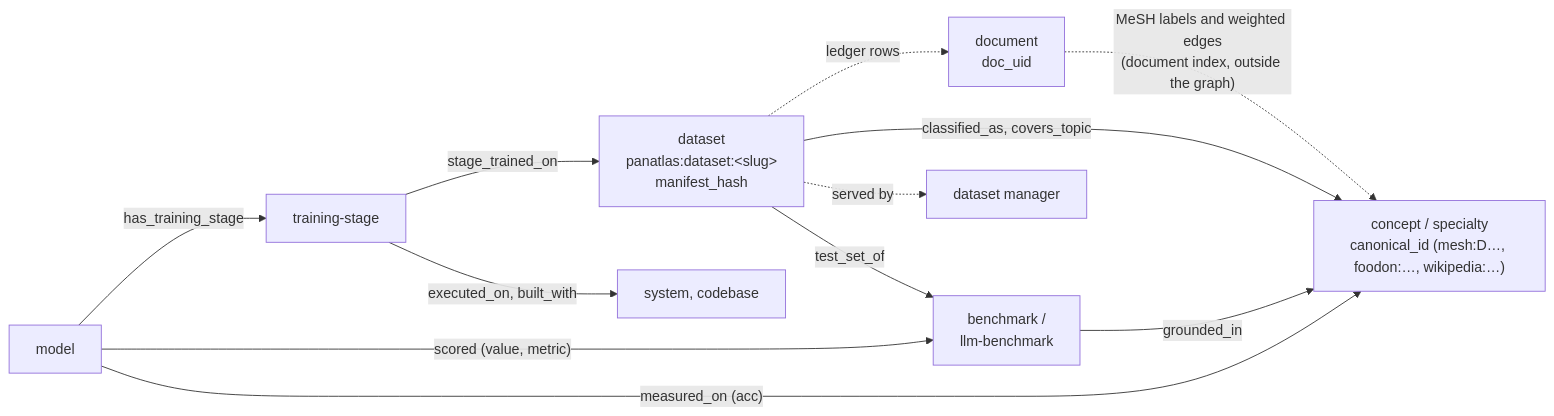
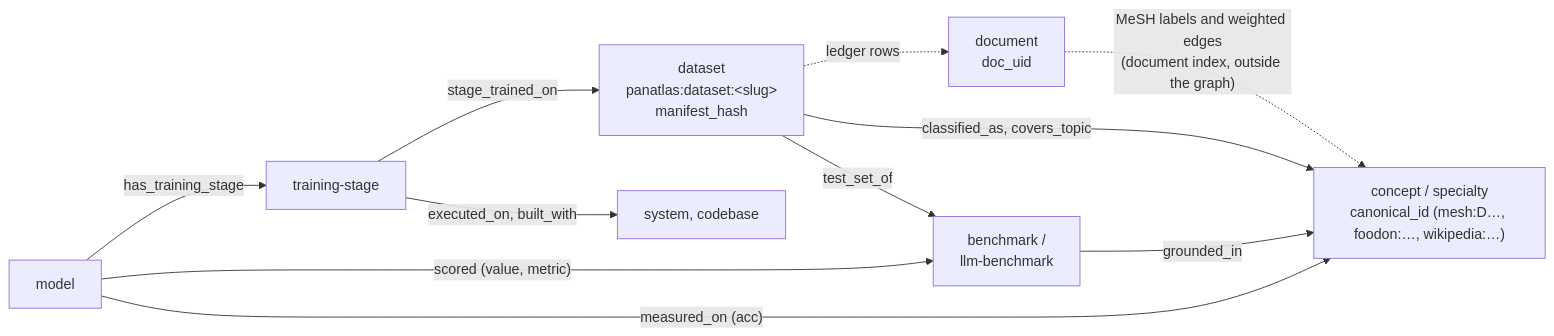
One commit to ThePanAtlas/docs changed the diagram in docs/metadata/index.md. Above: the diagram before and after it, drawn with Mermaid. The commit also changed other lines of this file and 19 other files, not shown here.

````diff
--- a/docs/metadata/index.md
+++ b/docs/metadata/index.md
@@ -10,14 +10,13 @@
 ```mermaid
 flowchart LR
   DOC["document<br/>doc_uid"] -. "MeSH labels and weighted edges<br/>(document index, outside the graph)" .-> CON["concept / specialty<br/>canonical_id (mesh:D…, foodon:…, wikipedia:…)"]
   DS["dataset<br/>panatlas:dataset:&lt;slug&gt;<br/>manifest_hash"] -. "ledger rows" .-> DOC
   DS -- "classified_as, covers_topic" --> CON
   DS -- test_set_of --> BEN["benchmark /<br/>llm-benchmark"]
   BEN -- grounded_in --> CON
   MOD["model"] -- has_training_stage --> ST["training-stage"]
   ST -- stage_trained_on --> DS
   ST -- "executed_on, built_with" --> SYS["system, codebase"]
   MOD -- "scored (value, metric)" --> BEN
   MOD -- "measured_on (acc)" --> CON
-  DS -. "served by" .-> MGR["dataset manager<br/>"]
 ```
````
